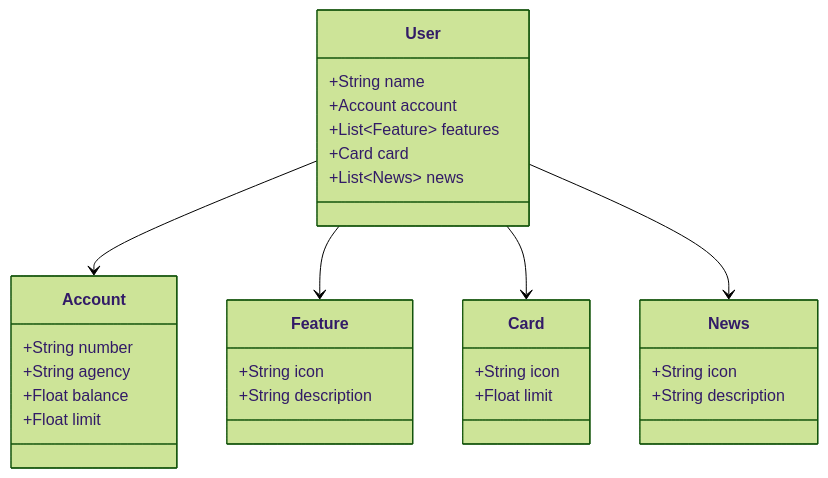
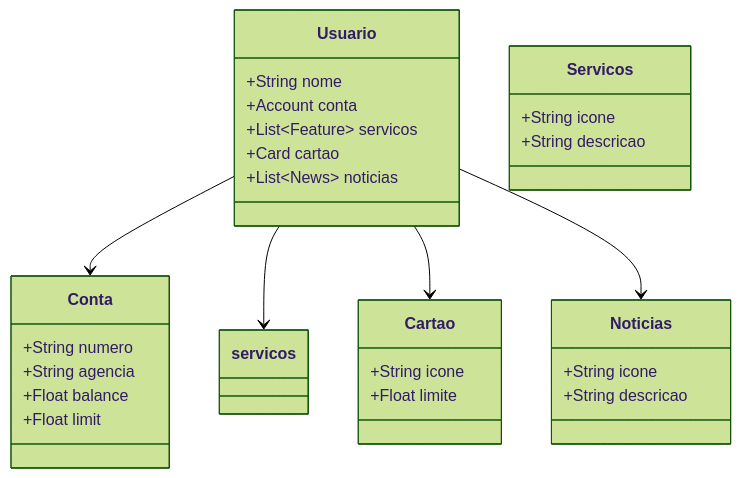
Before and after one commit to Zuleff/santander-dev-week: the diagram in README.md, drawn with Mermaid (forest theme).

````diff
--- a/README.md
+++ b/README.md
@@ -6,37 +6,37 @@
 ```mermaid
 classDiagram
-    class User {
-        +String name
-        +Account account
-        +List~Feature~ features
-        +Card card
-        +List~News~ news
+    class Usuario {
+        +String nome
+        +Account conta
+        +List~Feature~ servicos
+        +Card cartao
+        +List~News~ noticias
     }
 
-    class Account {
-        +String number
-        +String agency
+    class Conta {
+        +String numero
+        +String agencia
         +Float balance
         +Float limit
     }
 
-    class Feature {
-        +String icon
-        +String description
+    class Servicos {
+        +String icone
+        +String descricao
     }
 
-    class Card {
-        +String icon
-        +Float limit
+    class Cartao {
+        +String icone
+        +Float limite
     }
 
-    class News {
-        +String icon
-        +String description
+    class Noticias {
+        +String icone
+        +String descricao
     }
 
-    User --> Account
-    User --> Feature
-    User --> Card
-    User --> News
+    Usuario --> Conta
+    Usuario --> servicos
+    Usuario --> Cartao
+    Usuario --> Noticias
 ```
````
